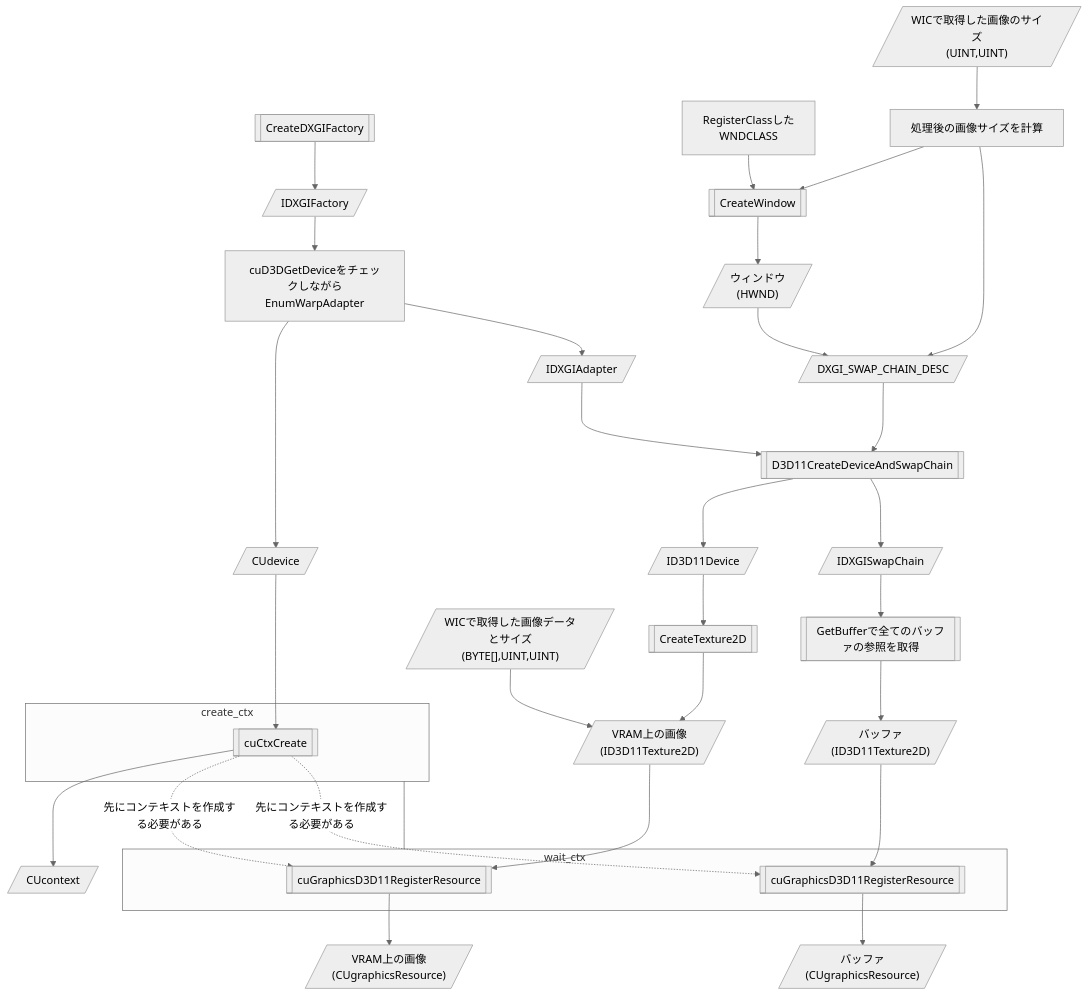
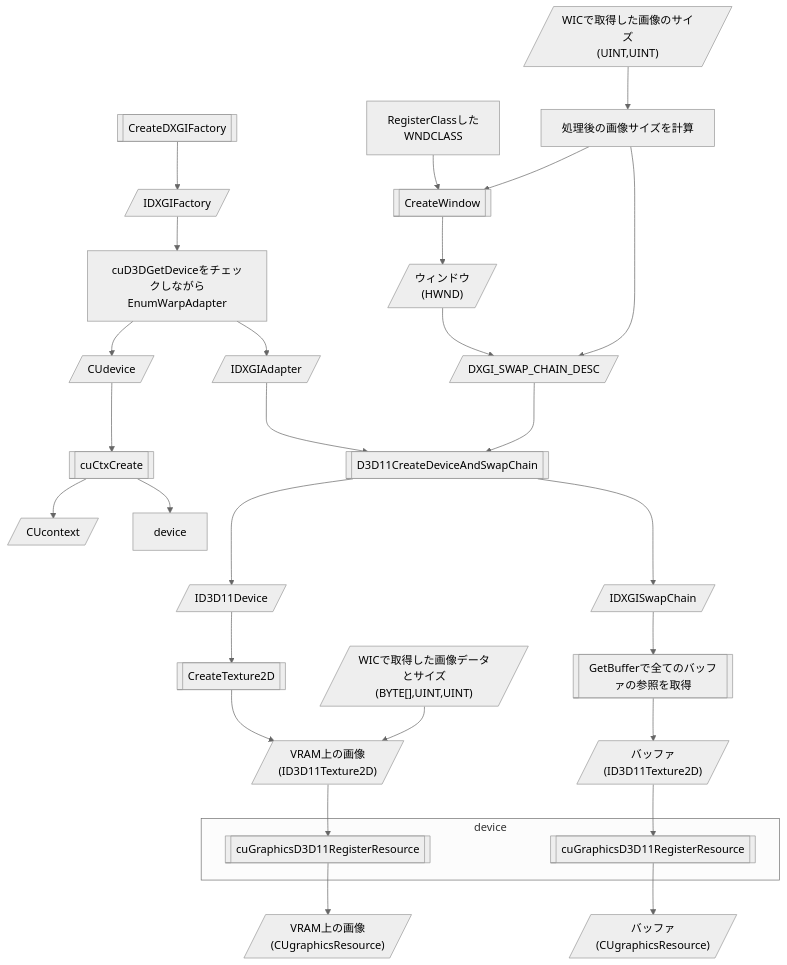
The third of 6 diagrams in README.md (t3HyperParallel/ReportGPGPU), drawn with Mermaid (neutral theme) before and after one commit.

Commit message:
mermaidのflowchartの実験中

````diff
--- a/README.md
+++ b/README.md
@@ -90,47 +90,43 @@
 ```mermaid
-graph TD
+flowchart TD
   CreateDXGIFactory[[CreateDXGIFactory]]
   -->IDXGIFactory[/"IDXGIFactory"/]
   -->EnumWarpAdapter["cuD3DGetDeviceをチェックしながら<br/>EnumWarpAdapter"]
   -->CUdevice[/"CUdevice"/] & IDXGIAdapter[/"IDXGIAdapter"/]
 
   CUdevice
   --->cuCtxCreate[["cuCtxCreate"]]
     -->CUcontext[/"CUcontext"/]
-  subgraph create_ctx
-    cuCtxCreate
-  end
 
   RegisterClass["RegisterClassした<br/>WNDCLASS"]
   -->CreateWindow
   imageSize[/"WICで取得した画像のサイズ<br/>(UINT,UINT)"/]
   -->calcImageSize["処理後の画像サイズを計算"]
   -->CreateWindow[["CreateWindow"]]
   -->HWND[/"ウィンドウ<br/>(HWND)"/]
   calcImageSize & HWND
   -->DXGI_SWAP_CHAIN_DESC[/"DXGI_SWAP_CHAIN_DESC"/]
 
   IDXGIAdapter & DXGI_SWAP_CHAIN_DESC
   --->D3D11CreateDeviceAndSwapChain[[D3D11CreateDeviceAndSwapChain]]
   --->ID3D11Device[/"ID3D11Device"/] & IDXGISwapChain[/"IDXGISwapChain"/]
 
   ID3D11Device[/"ID3D11Device"/]
   -->ID3D11Device.CreateTexture2D[["CreateTexture2D"]]
   rawImage[/"WICで取得した画像データとサイズ<br/>(BYTE[],UINT,UINT)"/] & ID3D11Device.CreateTexture2D
   -->ID3D11Texture2D[/"VRAM上の画像<br/>(ID3D11Texture2D)"/]
   -->cuGraphicsD3D11RegisterResource_image[["cuGraphicsD3D11RegisterResource"]]
   -->sourceCUgraphicsResource[/"VRAM上の画像<br/>(CUgraphicsResource)"/]
 
   IDXGISwapChain
   -->IDXGISwapChain.GetBuffer[["GetBufferで全てのバッファの参照を取得"]]
   -->buffers[/"バッファ<br/>(ID3D11Texture2D)"/]
   -->cuGraphicsD3D11RegisterResource_target[["cuGraphicsD3D11RegisterResource"]]
   -->targetCUgraphicsResource[/"バッファ<br/>(CUgraphicsResource)"/]
 
-  subgraph wait_ctx
+  subgraph device 
     cuGraphicsD3D11RegisterResource_image
     cuGraphicsD3D11RegisterResource_target
   end
-  create_ctx---wait_ctx
-  cuCtxCreate-."先にコンテキストを作成する必要がある".->cuGraphicsD3D11RegisterResource_image & cuGraphicsD3D11RegisterResource_target
+  cuCtxCreate-->device
 ```
````
